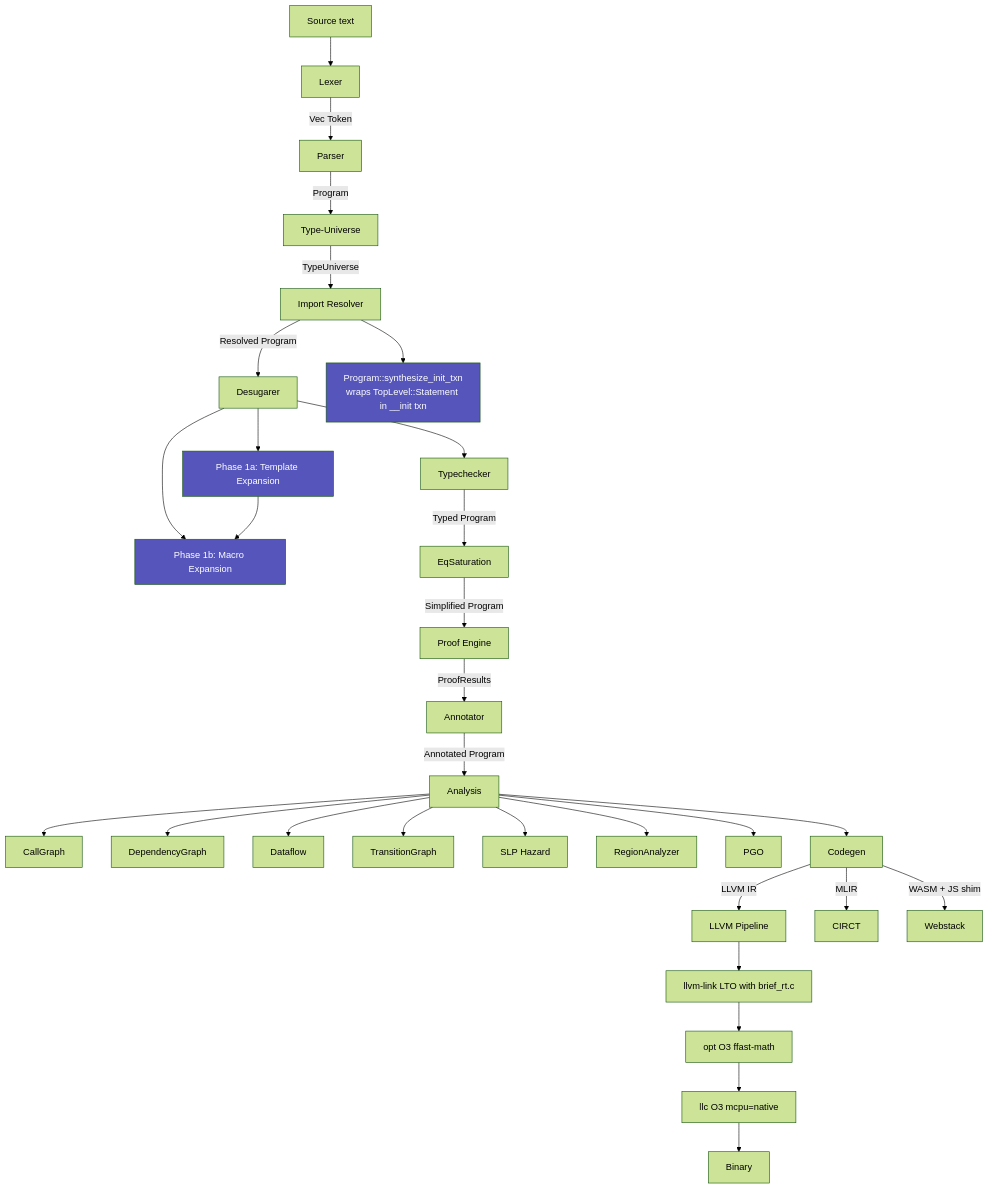
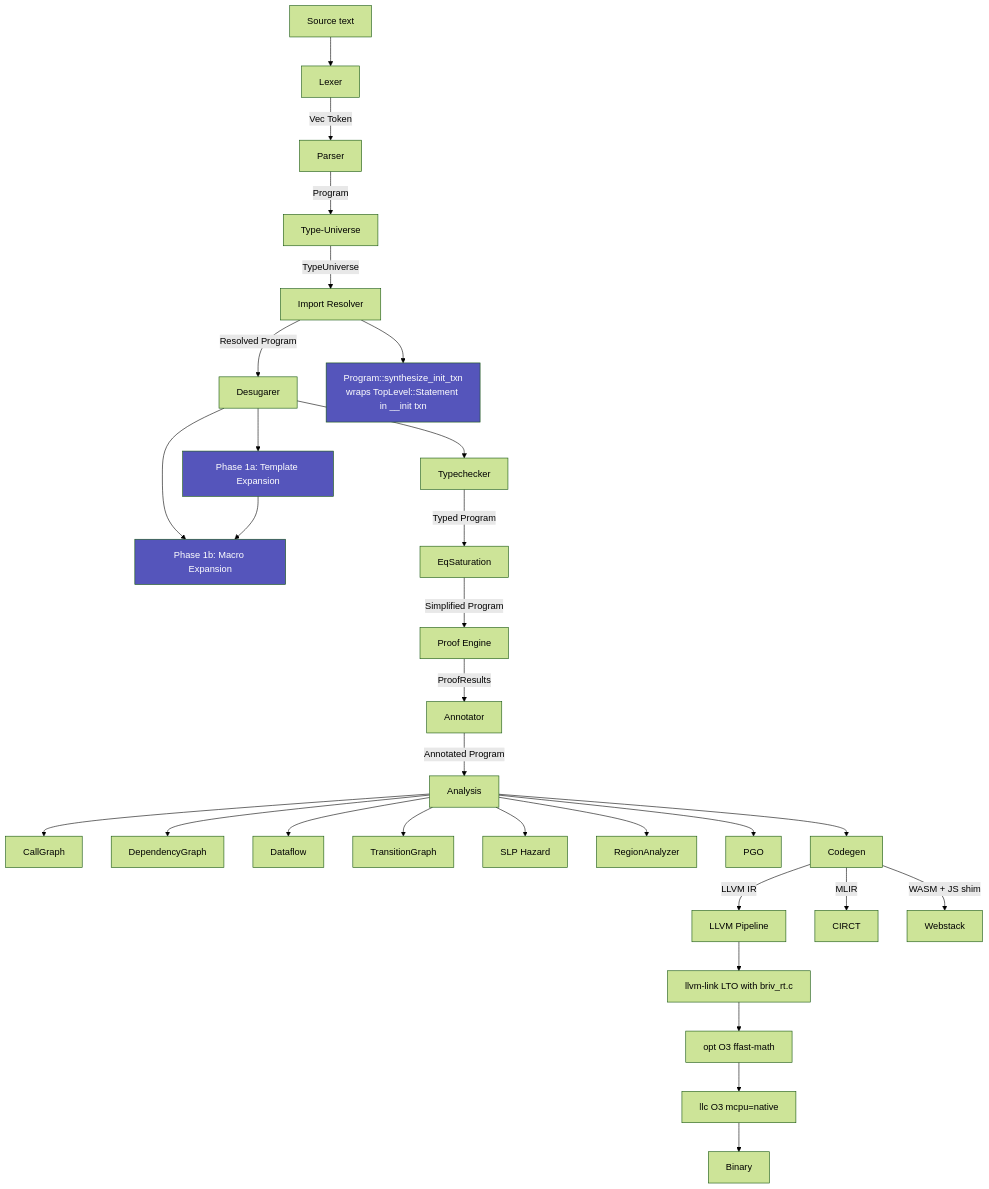
Before and after one commit to Randozart/brief-lang: the first of 6 diagrams in docs/architecture/channel-map.md, drawn with Mermaid (forest theme). The commit also changed 1215 other files, not shown here.

````diff
--- a/docs/architecture/channel-map.md
+++ b/docs/architecture/channel-map.md
@@ -7,42 +7,42 @@
 ```mermaid
 graph TD
     S[Source text] --> Lex[Lexer]
     Lex -->|Vec Token| Par[Parser]
     Par -->|Program| TU[Type-Universe]
     TU -->|TypeUniverse| IR[Import Resolver]
     IR -->|Resolved Program| Des[Desugarer]
 
     IR --> Init[Program::synthesize_init_txn<br>wraps TopLevel::Statement in __init txn]
 
     Des --> T1a[Phase 1a: Template Expansion]
     Des --> T1b[Phase 1b: Macro Expansion]
     T1a --> T1b
 
     Des --> TC[Typechecker]
     TC -->|Typed Program| Eq[EqSaturation]
     Eq -->|Simplified Program| PE[Proof Engine]
     PE -->|ProofResults| An[Annotator]
     An -->|Annotated Program| Anl[Analysis]
 
     Anl --> CG[CallGraph]
     Anl --> DG[DependencyGraph]
     Anl --> DF[Dataflow]
     Anl --> TG[TransitionGraph]
     Anl --> SLP[SLP Hazard]
     Anl --> RA[RegionAnalyzer]
     Anl --> PGO[PGO]
 
     Anl --> Codegen[Codegen]
     Codegen -->|LLVM IR| LLVM[LLVM Pipeline]
     Codegen -->|MLIR| CIRCT[CIRCT]
     Codegen -->|WASM + JS shim| Web[Webstack]
 
-    LLVM --> Link[llvm-link LTO with brief_rt.c]
+    LLVM --> Link[llvm-link LTO with briv_rt.c]
     Link --> Opt[opt O3 ffast-math]
     Opt --> LLC[llc O3 mcpu=native]
     LLC --> Bin[Binary]
 
     style Init fill:#55b,color:#fff
     style T1a fill:#55b,color:#fff
     style T1b fill:#55b,color:#fff
 ```
````
